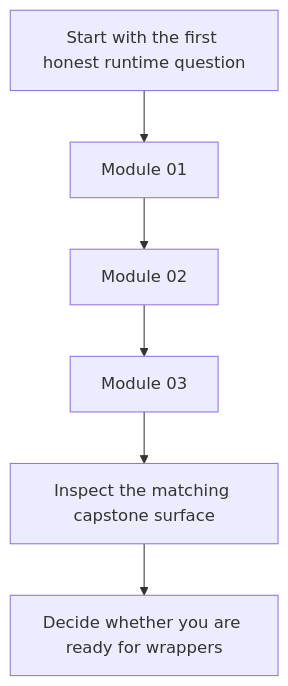
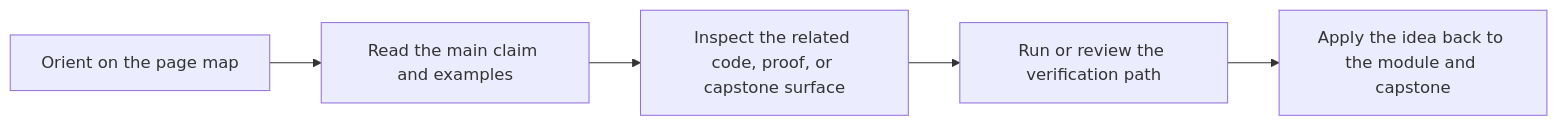
One commit to bijux/bijux-masterclass changed the second of 2 diagrams in programs/python-programming/python-meta-programming/course-book/module-00-orientation/first-contact-map.md. Above: the diagram before and after it, drawn with Mermaid. The commit also changed other lines of this file and 55 other files, not shown here.

Commit message:
docs(python-meta-programming): map runtime foundations and inspection routes

````diff
--- a/programs/python-programming/python-meta-programming/course-book/module-00-orientation/first-contact-map.md
+++ b/programs/python-programming/python-meta-programming/course-book/module-00-orientation/first-contact-map.md
@@ -14,8 +18,7 @@
 ```mermaid
-flowchart TD
-  question["Start with the first honest runtime question"] --> module1["Module 01"]
-  module1 --> module2["Module 02"]
-  module2 --> module3["Module 03"]
-  module3 --> capstone["Inspect the matching capstone surface"]
-  capstone --> readiness["Decide whether you are ready for wrappers"]
+flowchart LR
+  orient["Orient on the page map"] --> read["Read the main claim and examples"]
+  read --> inspect["Inspect the related code, proof, or capstone surface"]
+  inspect --> verify["Run or review the verification path"]
+  verify --> apply["Apply the idea back to the module and capstone"]
 ```
````
